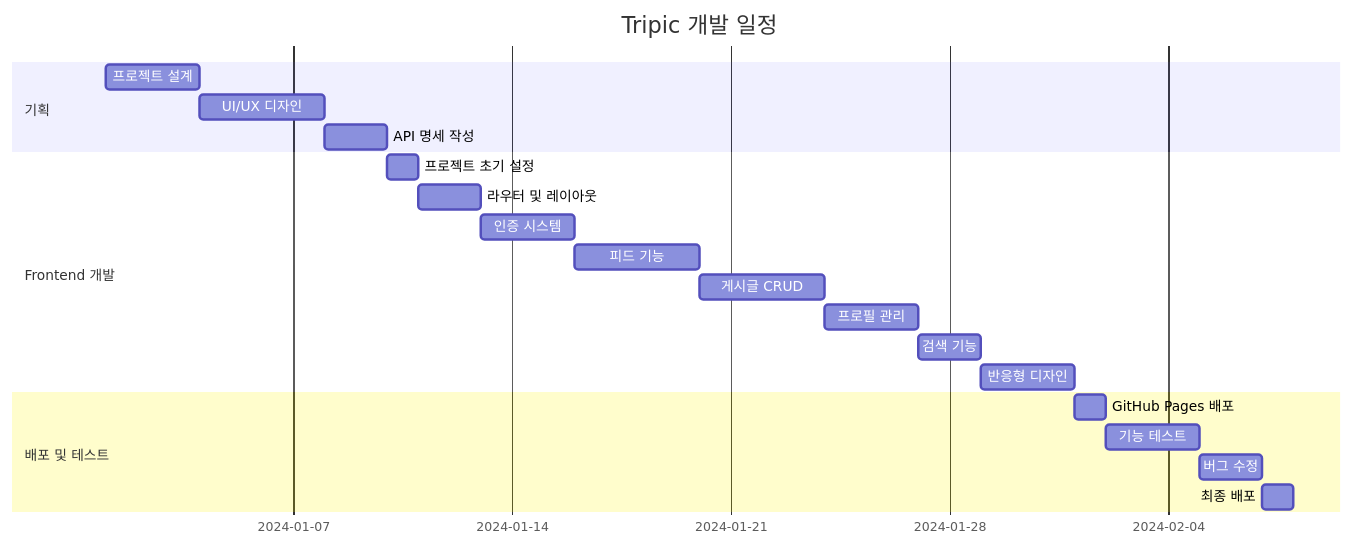
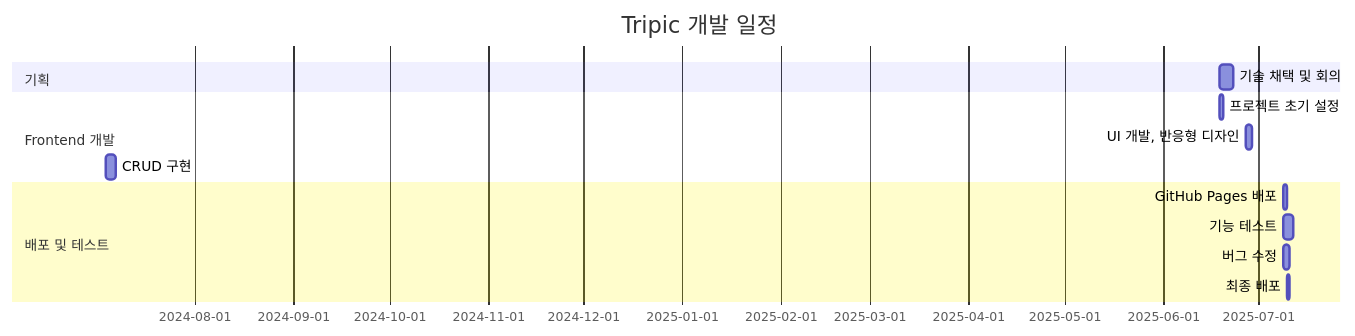
One commit to FE-Project-Team1/tripic changed the third of 6 diagrams in README.md. Above: the diagram before and after it, drawn with Mermaid.

Commit message:
docs/일정 수정

````diff
--- a/README.md
+++ b/README.md
@@ -206,23 +206,16 @@
 ```mermaid
 gantt
     title Tripic 개발 일정
     dateFormat YY-MM-DD
     section 기획
-        프로젝트 설계 :2024-01-01, 3d
-        UI/UX 디자인 :2024-01-04, 4d
-        API 명세 작성 :2024-01-08, 2d
+        기술 채택 및 회의:2025-06-19, 4d
     section Frontend 개발
-        프로젝트 초기 설정 :2024-01-10, 1d
-        라우터 및 레이아웃 :2024-01-11, 2d
-        인증 시스템 :2024-01-13, 3d
-        피드 기능 :2024-01-16, 4d
-        게시글 CRUD :2024-01-20, 4d
-        프로필 관리 :2024-01-24, 3d
-        검색 기능 :2024-01-27, 2d
-        반응형 디자인 :2024-01-29, 3d
+        프로젝트 초기 설정 :2025-06-19, 1d
+        UI 개발, 반응형 디자인:2025-06-27, 2d
+        CRUD 구현:2024-07-04, 3d
     section 배포 및 테스트
-        GitHub Pages 배포 :2024-02-01, 1d
-        기능 테스트 :2024-02-02, 3d
-        버그 수정 :2024-02-05, 2d
-        최종 배포 :2024-02-07, 1d
+        GitHub Pages 배포 :2025-07-09, 1d
+        기능 테스트 :2025-07-09, 3d
+        버그 수정 :2025-07-09, 2d
+        최종 배포 :2025-07-10, 1d
 ```
````
